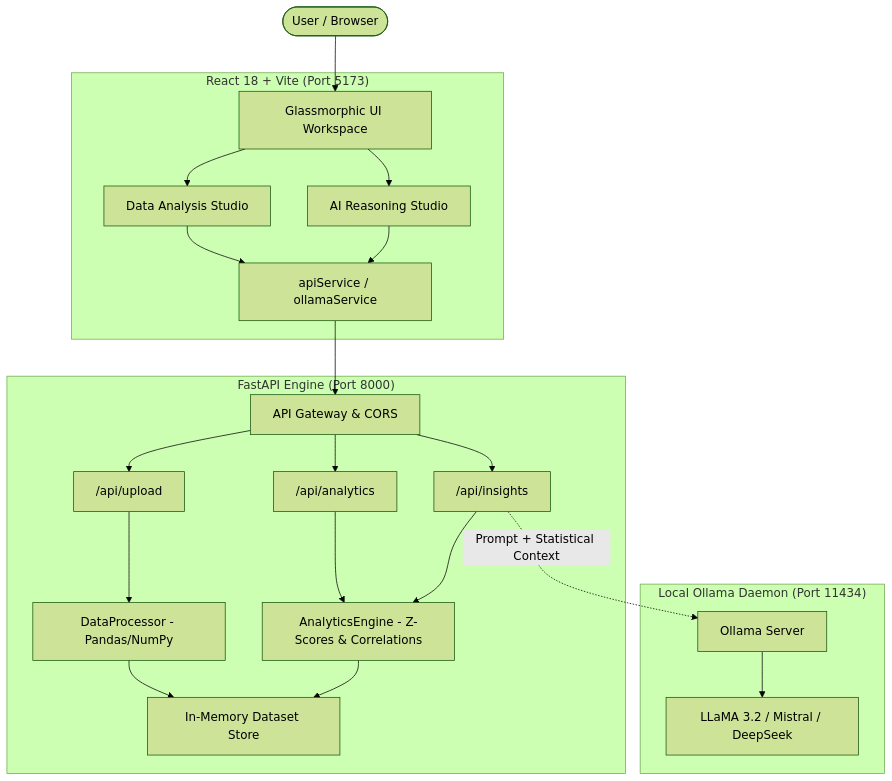
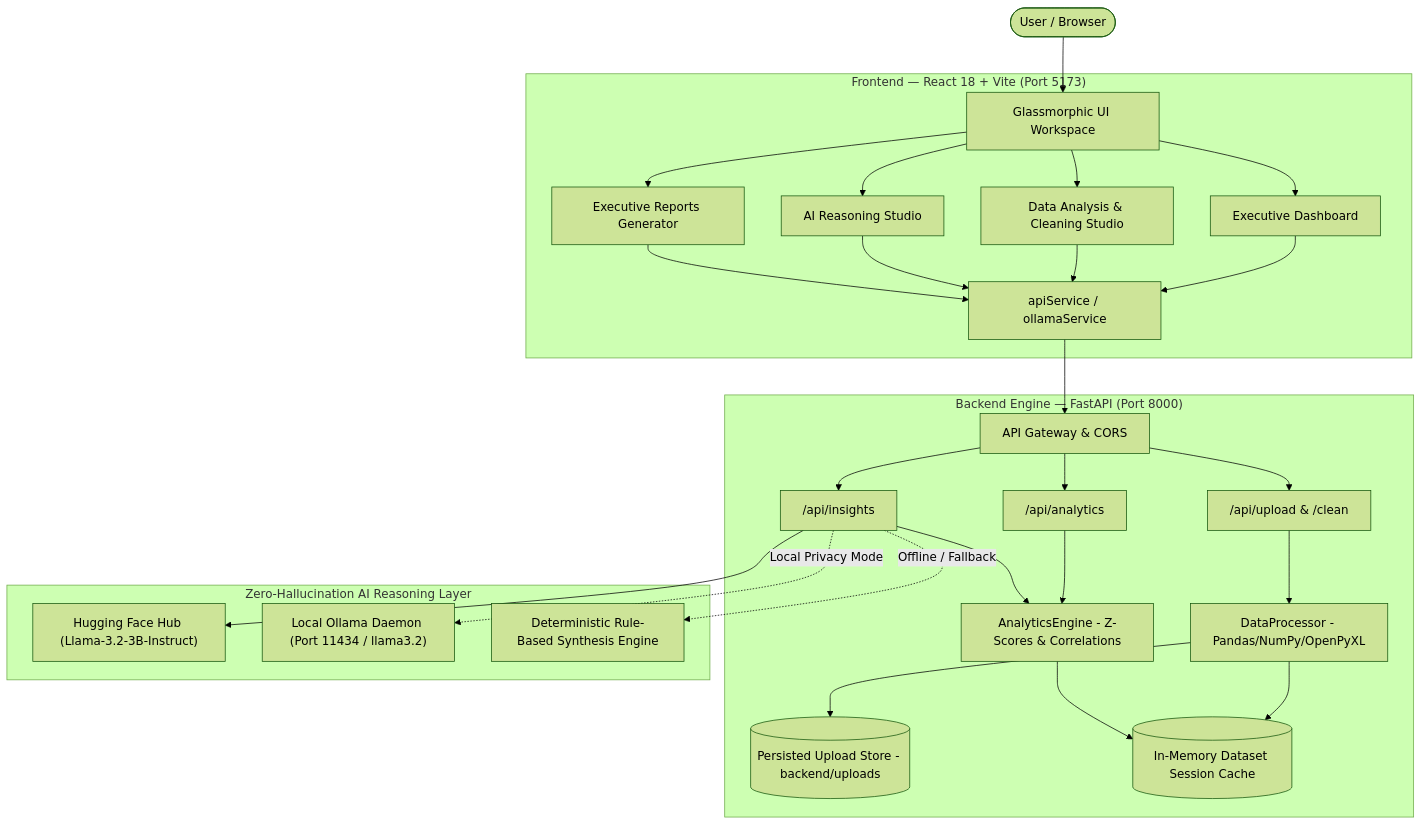
Before and after one commit to dhina-528/dataverse-ai: the diagram in README.md, drawn with Mermaid (forest theme). The commit also changed other lines of this file and 37 other files, not shown here.

Commit message:
feat: complete enterprise data analytics platform with hybrid AI reasoning, interactive dashboard, data cleaning, and automated test suite

````diff
--- a/README.md
+++ b/README.md
@@ -19,37 +45,42 @@
 ```mermaid
 graph TD
     User([User / Browser])
     
-    subgraph Frontend ["React 18 + Vite (Port 5173)"]
+    subgraph Frontend ["Frontend — React 18 + Vite (Port 5173)"]
         UI[Glassmorphic UI Workspace]
-        DS[Data Analysis Studio]
+        Dash[Executive Dashboard]
+        DS[Data Analysis & Cleaning Studio]
         RS[AI Reasoning Studio]
+        Rep[Executive Reports Generator]
         ApiClient[apiService / ollamaService]
     end
 
-    subgraph Backend ["FastAPI Engine (Port 8000)"]
+    subgraph Backend ["Backend Engine — FastAPI (Port 8000)"]
         Router[API Gateway & CORS]
-        UploadRoute["/api/upload"]
+        UploadRoute["/api/upload & /clean"]
         AnalyticsRoute["/api/analytics"]
         InsightsRoute["/api/insights"]
-        DataProc[DataProcessor - Pandas/NumPy]
+        DataProc[DataProcessor - Pandas/NumPy/OpenPyXL]
         AnalyticsEngine[AnalyticsEngine - Z-Scores & Correlations]
-        Store[In-Memory Dataset Store]
+        DiskStore[(Persisted Upload Store - backend/uploads)]
+        MemStore[(In-Memory Dataset Session Cache)]
     end
 
-    subgraph LocalAI ["Local Ollama Daemon (Port 11434)"]
-        OllamaEngine[Ollama Server]
-        LlamaModel[LLaMA 3.2 / Mistral / DeepSeek]
+    subgraph AIReasoning ["Zero-Hallucination AI Reasoning Layer"]
+        HFHub["Hugging Face Hub (Llama-3.2-3B-Instruct)"]
+        OllamaEngine["Local Ollama Daemon (Port 11434 / llama3.2)"]
+        DeterministicFallback["Deterministic Rule-Based Synthesis Engine"]
     end
 
     User --> UI
-    UI --> DS & RS
-    DS & RS --> ApiClient
+    UI --> Dash & DS & RS & Rep
+    Dash & DS & RS & Rep --> ApiClient
     ApiClient --> Router
     Router --> UploadRoute & AnalyticsRoute & InsightsRoute
-    UploadRoute --> DataProc --> Store
-    AnalyticsRoute --> AnalyticsEngine --> Store
+    UploadRoute --> DataProc --> MemStore & DiskStore
+    AnalyticsRoute --> AnalyticsEngine --> MemStore
     InsightsRoute --> AnalyticsEngine
-    InsightsRoute -.->|Prompt + Statistical Context| OllamaEngine
-    OllamaEngine --> LlamaModel
+    InsightsRoute --> HFHub
+    InsightsRoute -.->|Local Privacy Mode| OllamaEngine
+    InsightsRoute -.->|Offline / Fallback| DeterministicFallback
 ```
````
